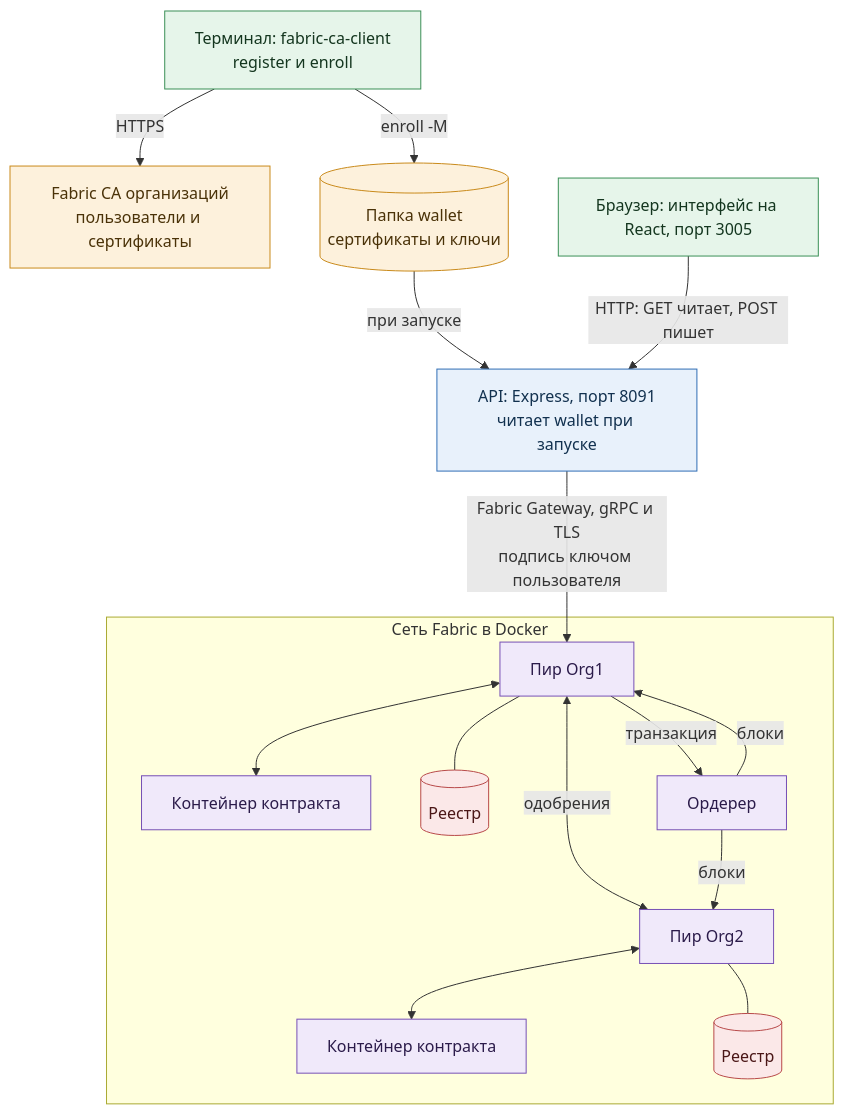
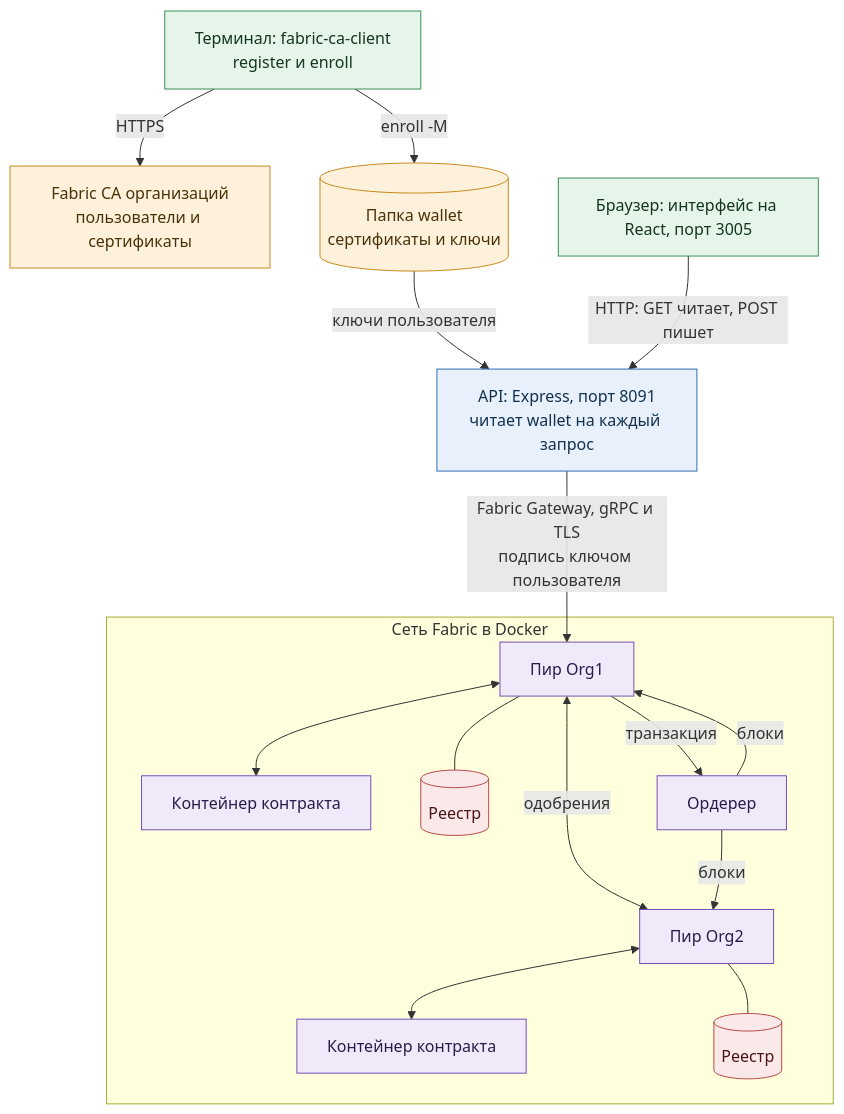
Before and after one commit to DmitroZubroni/HyperLadger-strust-and-start: the third of 6 diagrams in ARCHITECTURE.md, drawn with Mermaid. The commit also changed other lines of this file and 2 other files, not shown here.

First line of the commit message:
Подключать пользователя к сети на каждый запрос

````diff
--- a/ARCHITECTURE.md
+++ b/ARCHITECTURE.md
@@ -180,38 +180,38 @@
 ```mermaid
 flowchart TB
   T["Терминал: fabric-ca-client<br/>register и enroll"]:::person
   CA["Fabric CA организаций<br/>пользователи и сертификаты"]:::ca
   W[("Папка wallet<br/>сертификаты и ключи")]:::ca
   B["Браузер: интерфейс на React, порт 3005"]:::person
-  API["API: Express, порт 8091<br/>читает wallet при запуске"]:::org
+  API["API: Express, порт 8091<br/>читает wallet на каждый запрос"]:::org
 
   T -->|HTTPS| CA
   T -->|enroll -M| W
-  W -->|при запуске| API
+  W -->|ключи пользователя| API
   B -->|"HTTP: GET читает, POST пишет"| API
   API -->|"Fabric Gateway, gRPC и TLS<br/>подпись ключом пользователя"| P1
 
   subgraph NET["Сеть Fabric в Docker"]
     P1["Пир Org1"]:::node_
     P2["Пир Org2"]:::node_
     C1["Контейнер контракта"]:::node_
     C2["Контейнер контракта"]:::node_
     L1[("Реестр")]:::ledger
     L2[("Реестр")]:::ledger
     OR["Ордерер"]:::node_
     P1 <--> C1
     P2 <--> C2
     P1 --- L1
     P2 --- L2
     P1 <-->|одобрения| P2
     P1 -->|транзакция| OR
     OR -->|блоки| P1
     OR -->|блоки| P2
   end
 
   classDef org fill:#e8f1fb,stroke:#2f6db5,color:#12314f
   classDef ca fill:#fdf1dc,stroke:#c98a1b,color:#4a3208
   classDef person fill:#e6f5ea,stroke:#3b8f57,color:#14361f
   classDef node_ fill:#f0e9fa,stroke:#7650b5,color:#2b1b4a
   classDef ledger fill:#fbe8e8,stroke:#b84a4a,color:#4a1616
 ```
````
